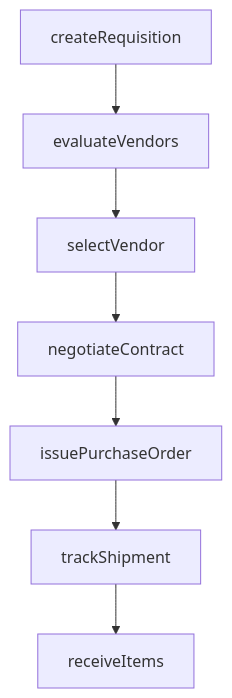
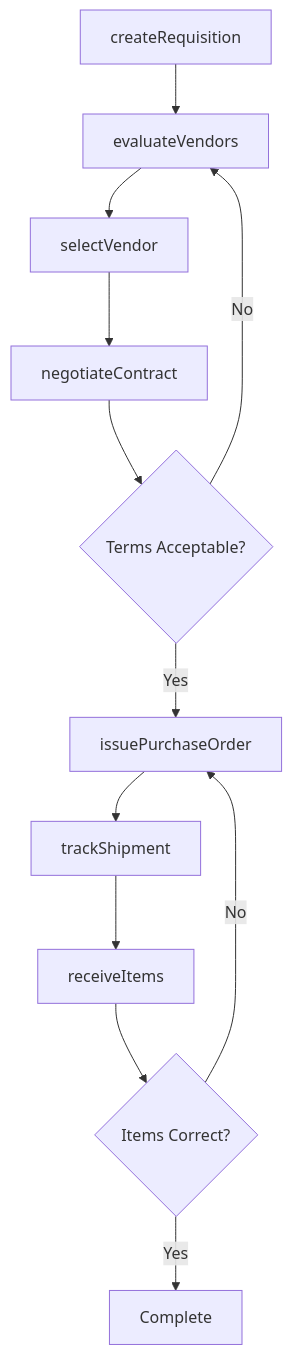
The third of 4 diagrams in MonitoringAndControllingResources/PurchaseGoodsOrServices/AcquireSuppliesEquipment.mdx (dot-org-ai/tasks.org.ai), drawn with Mermaid before and after one commit. The commit also changed other lines of this file and 307 other files, not shown here.

First line of the commit message:
feat: Add ER diagrams and state diagrams to remaining 308 DWA task files (wave 3 complete)

````diff
--- a/MonitoringAndControllingResources/PurchaseGoodsOrServices/AcquireSuppliesEquipment.mdx
+++ b/MonitoringAndControllingResources/PurchaseGoodsOrServices/AcquireSuppliesEquipment.mdx
@@ -87,9 +114,14 @@
 ```mermaid
 graph TD
     A[createRequisition] --> B[evaluateVendors]
     B --> C[selectVendor]
     C --> D[negotiateContract]
-    D --> E[issuePurchaseOrder]
-    E --> F[trackShipment]
-    F --> G[receiveItems]
+    D --> E{Terms Acceptable?}
+    E -->|Yes| F[issuePurchaseOrder]
+    E -->|No| B
+    F --> G[trackShipment]
+    G --> H[receiveItems]
+    H --> I{Items Correct?}
+    I -->|Yes| J[Complete]
+    I -->|No| F
 ```
````
